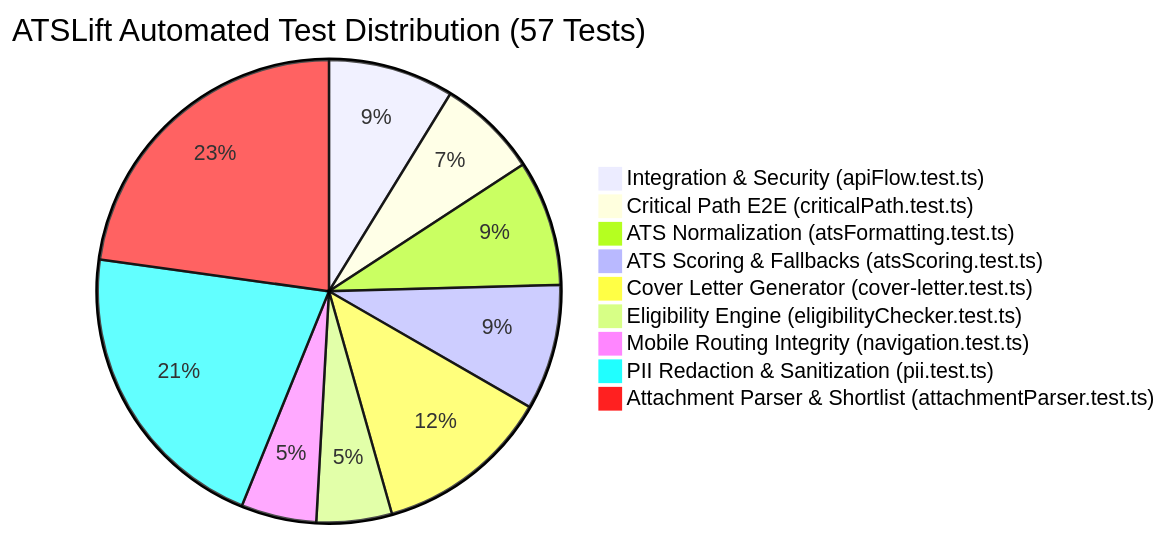
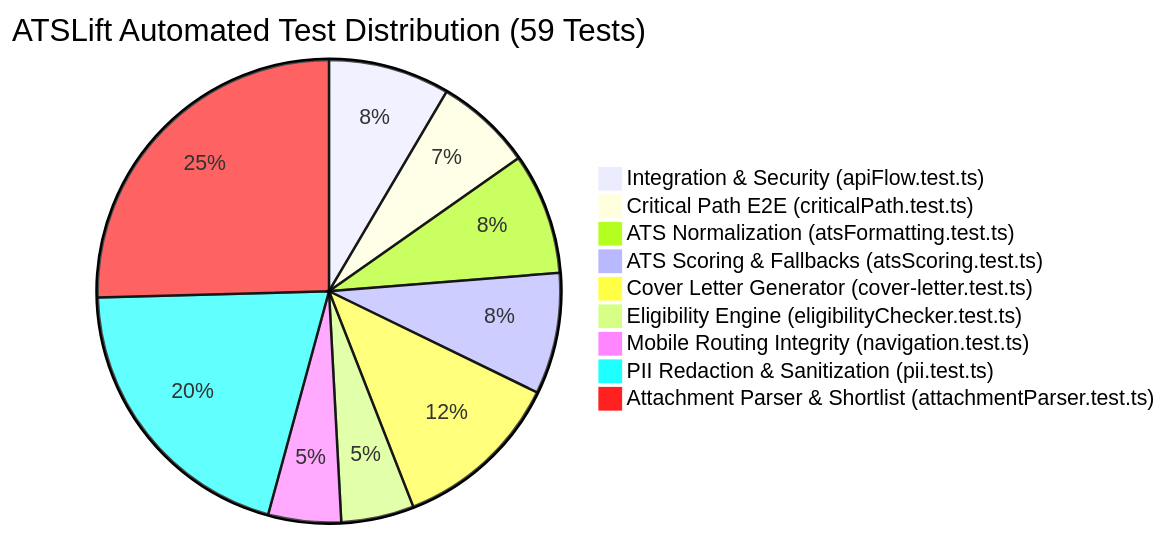
The diagram in doc/testing-strategy.md (Nithin1138/ATSLift), drawn with Mermaid before and after one commit. The commit also changed other lines of this file and 5 other files, not shown here.

````diff
--- a/doc/testing-strategy.md
+++ b/doc/testing-strategy.md
@@ -21,12 +21,12 @@
 ```mermaid
-pie title ATSLift Automated Test Distribution (57 Tests)
+pie title ATSLift Automated Test Distribution (59 Tests)
     "Integration & Security (apiFlow.test.ts)" : 5
     "Critical Path E2E (criticalPath.test.ts)" : 4
     "ATS Normalization (atsFormatting.test.ts)" : 5
     "ATS Scoring & Fallbacks (atsScoring.test.ts)" : 5
     "Cover Letter Generator (cover-letter.test.ts)" : 7
     "Eligibility Engine (eligibilityChecker.test.ts)" : 3
     "Mobile Routing Integrity (navigation.test.ts)" : 3
     "PII Redaction & Sanitization (pii.test.ts)" : 12
-    "Attachment Parser & Shortlist (attachmentParser.test.ts)" : 13
+    "Attachment Parser & Shortlist (attachmentParser.test.ts)" : 15
 ```
````
